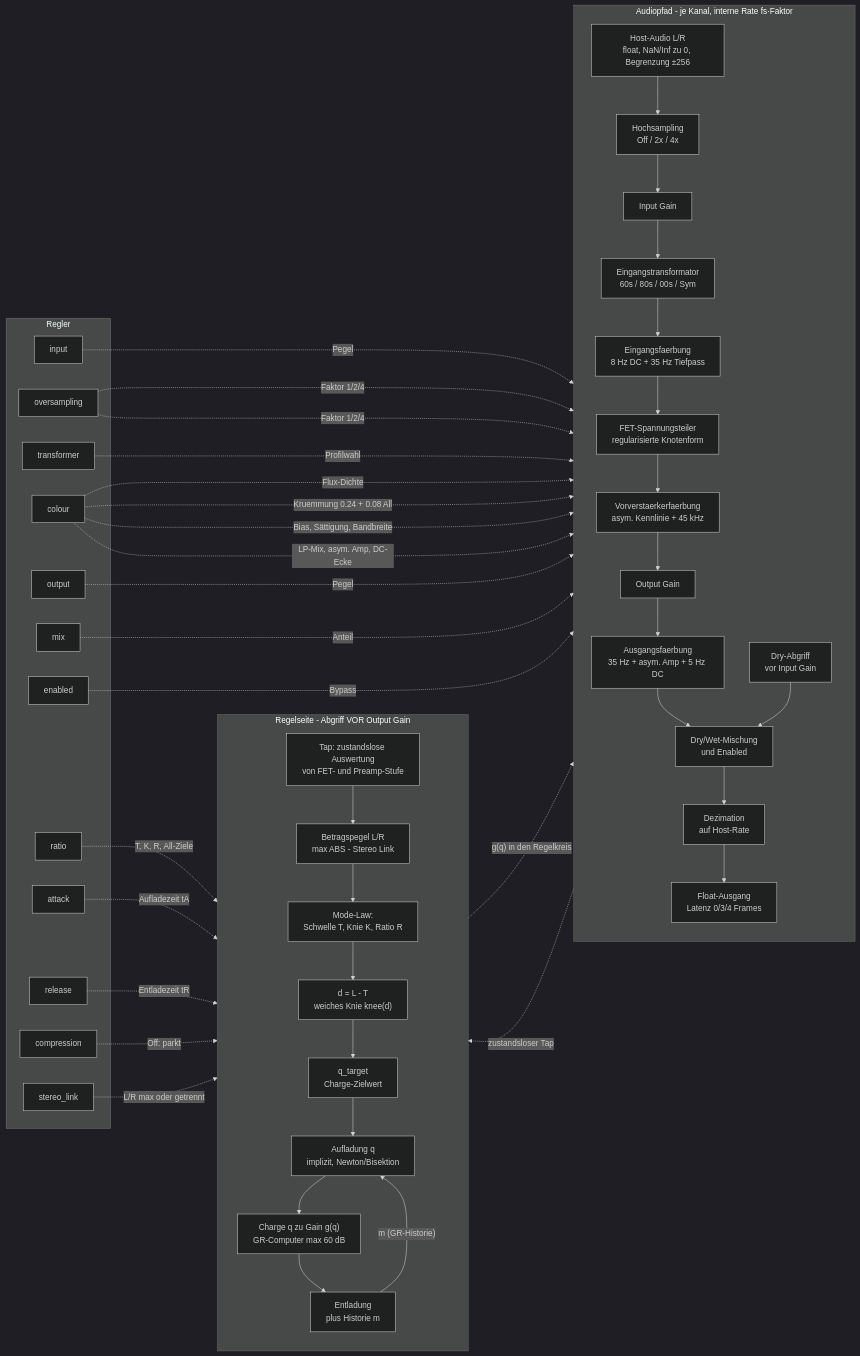
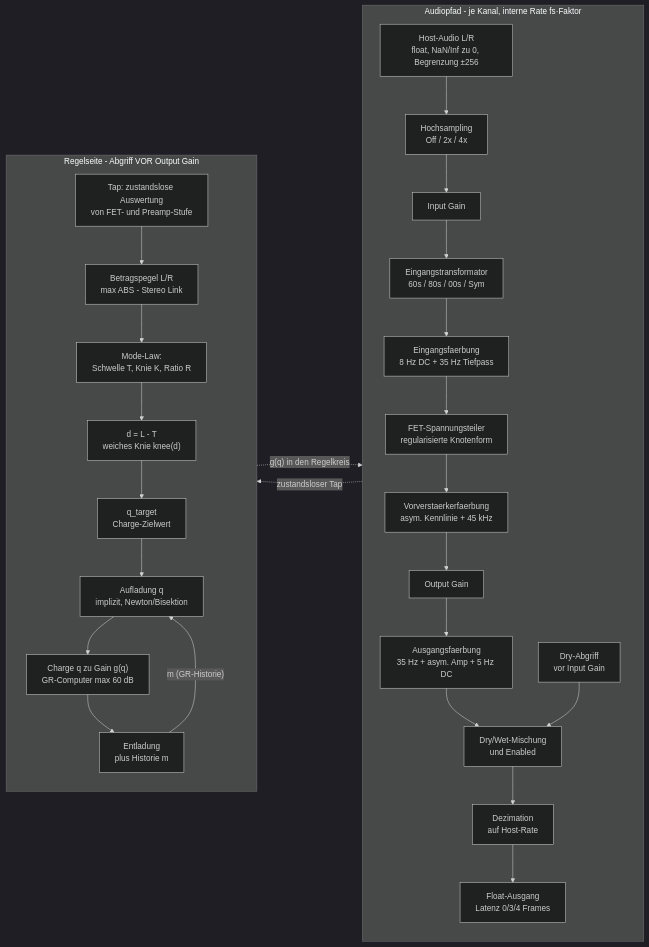
The first of 2 diagrams in docs/DSP.md (j4yj03/mod-1175-lv2), drawn with Mermaid (dark theme) before and after one commit. The commit also changed other lines of this file and 15 other files, not shown here.

````diff
--- a/docs/DSP.md
+++ b/docs/DSP.md
@@ -63,65 +71,33 @@
 ```mermaid
 flowchart LR
     subgraph AUDIO["Audiopfad - je Kanal, interne Rate fs·Faktor"]
         direction TB
         IN["Host-Audio L/R<br>float, NaN/Inf zu 0, Begrenzung ±256"] --> UP["Hochsampling<br>Off / 2x / 4x"]
         UP --> GIN["Input Gain"]
         GIN --> TRA["Eingangstransformator<br>60s / 80s / 00s / Sym"]
         TRA --> INCOL["Eingangsfaerbung<br>8 Hz DC + 35 Hz Tiefpass"]
         INCOL --> FET["FET-Spannungsteiler<br>regularisierte Knotenform"]
         FET --> PRE["Vorverstaerkerfaerbung<br>asym. Kennlinie + 45 kHz"]
         PRE --> GOUT["Output Gain"]
         GOUT --> OUTCOL["Ausgangsfaerbung<br>35 Hz + asym. Amp + 5 Hz DC"]
         OUTCOL --> MIX["Dry/Wet-Mischung<br>und Enabled"]
         MIX --> DOWN["Dezimation<br>auf Host-Rate"]
         DOWN --> AOUT["Float-Ausgang<br>Latenz 0/3/4 Frames"]
         DRY["Dry-Abgriff<br>vor Input Gain"] --> MIX
     end
 
     subgraph CTRL["Regelseite - Abgriff VOR Output Gain"]
         direction TB
         TAP["Tap: zustandslose Auswertung<br>von FET- und Preamp-Stufe"] --> MAG["Betragspegel L/R<br>max ABS - Stereo Link"]
         MAG --> LAW["Mode-Law:<br>Schwelle T, Knie K, Ratio R"]
         LAW --> KNEE["d = L - T<br>weiches Knie knee(d)"]
         KNEE --> QT["q_target<br>Charge-Zielwert"]
         QT --> CHG["Aufladung q<br>implizit, Newton/Bisektion"]
         CHG --> GQ["Charge q zu Gain g(q)<br>GR-Computer max 60 dB"]
         GQ --> DIS["Entladung<br>plus Historie m"]
         DIS -->|"m (GR-Historie)"| CHG
         GQ -.->|"g(q) in den Regelkreis"| FET
     end
 
     FET -.->|"zustandsloser Tap"| TAP
-
-    subgraph REG["Regler"]
-        RIN["input"]
-        ROS["oversampling"]
-        RTR["transformer"]
-        RCO["colour"]
-        ROUT["output"]
-        RMIX["mix"]
-        REN["enabled"]
-        RRT["ratio"]
-        RATT["attack"]
-        RREL["release"]
-        RCMP["compression"]
-        RLK["stereo_link"]
-    end
-
-    RIN -.->|"Pegel"| GIN
-    ROS -.->|"Faktor 1/2/4"| UP
-    ROS -.->|"Faktor 1/2/4"| DOWN
-    RTR -.->|"Profilwahl"| TRA
-    RCO -.->|"Flux-Dichte"| INCOL
-    RCO -.->|"Kruemmung 0.24 + 0.08 All"| FET
-    RCO -.->|"Bias, Sättigung, Bandbreite"| PRE
-    RCO -.->|"LP-Mix, asym. Amp, DC-Ecke"| OUTCOL
-    ROUT -.->|"Pegel"| GOUT
-    RMIX -.->|"Anteil"| MIX
-    REN -.->|"Bypass"| MIX
-    RRT -.->|"T, K, R, All-Ziele"| LAW
-    RATT -.->|"Aufladezeit tA"| CHG
-    RREL -.->|"Entladezeit tR"| DIS
-    RCMP -.->|"Off: parkt"| GQ
-    RLK -.->|"L/R max oder getrennt"| MAG
 ```
````
